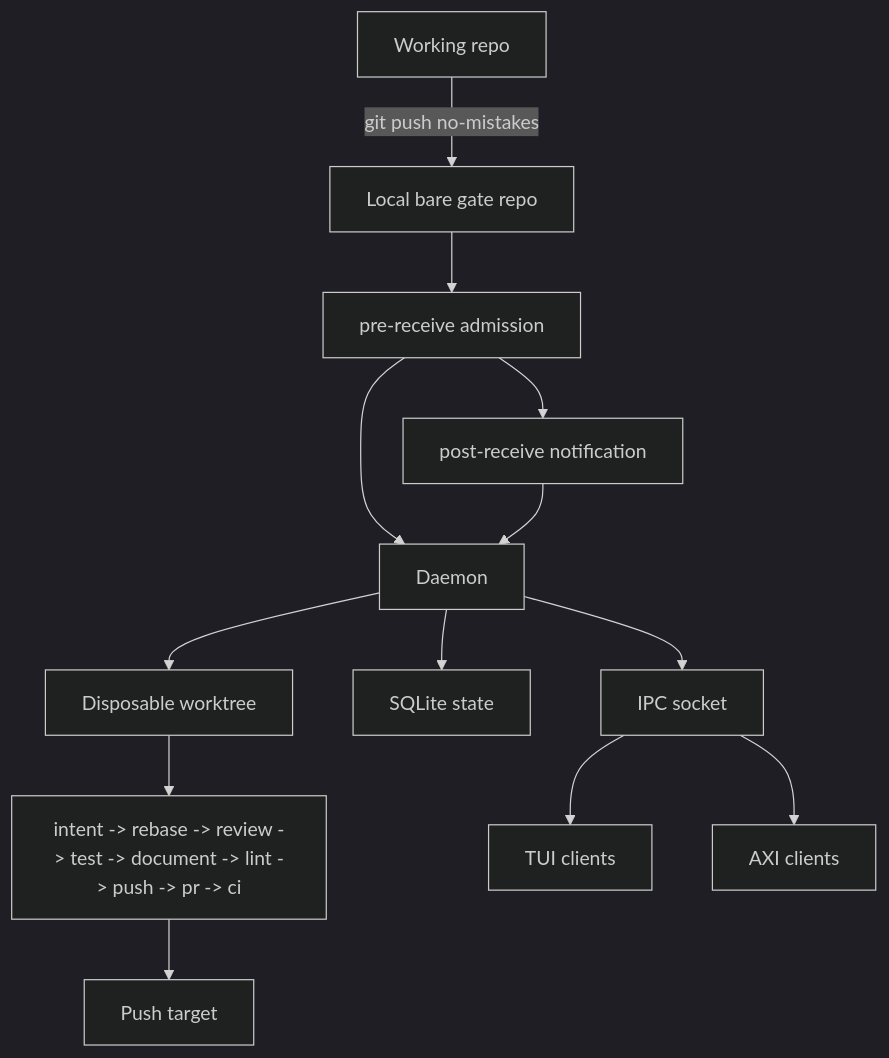
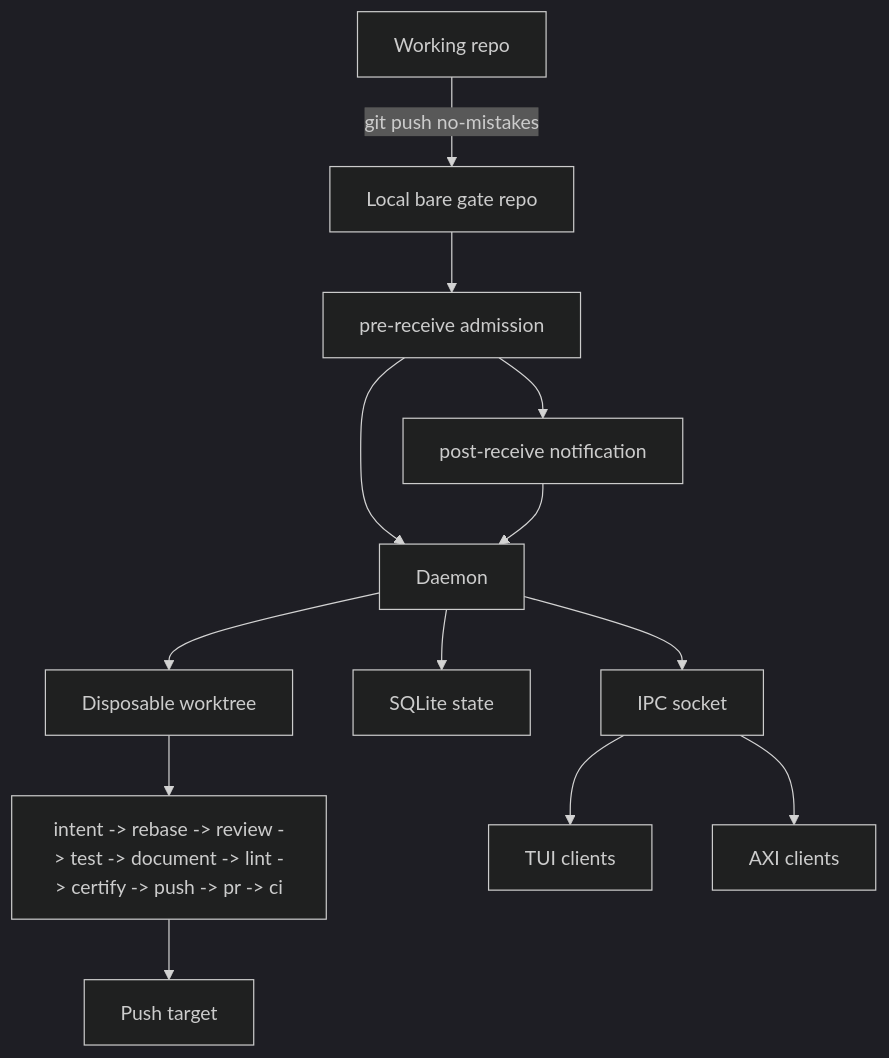
The diagram in docs/src/content/docs/concepts/gate-model.md (kunchenguid/no-mistakes), drawn with Mermaid (dark theme) before and after one commit. The commit also changed other lines of this file and 49 other files, not shown here.

Commit message:
feat(review): add local multi-agent certification pipeline

````diff
--- a/docs/src/content/docs/concepts/gate-model.md
+++ b/docs/src/content/docs/concepts/gate-model.md
@@ -14,15 +14,15 @@
 ```mermaid
 flowchart TD
   repo["Working repo"] -->|"git push no-mistakes"| gate["Local bare gate repo"]
   gate --> admission["pre-receive admission"]
   admission --> hook["post-receive notification"]
   admission --> daemon["Daemon"]
   hook --> daemon
   daemon --> worktree["Disposable worktree"]
-  worktree --> pipeline["intent -> rebase -> review -> test -> document -> lint -> push -> pr -> ci"]
+  worktree --> pipeline["intent -> rebase -> review -> test -> document -> lint -> certify -> push -> pr -> ci"]
   pipeline --> target["Push target"]
   daemon --> db["SQLite state"]
   daemon --> ipc["IPC socket"]
   ipc --> tui["TUI clients"]
   ipc --> axi["AXI clients"]
 ```
````
